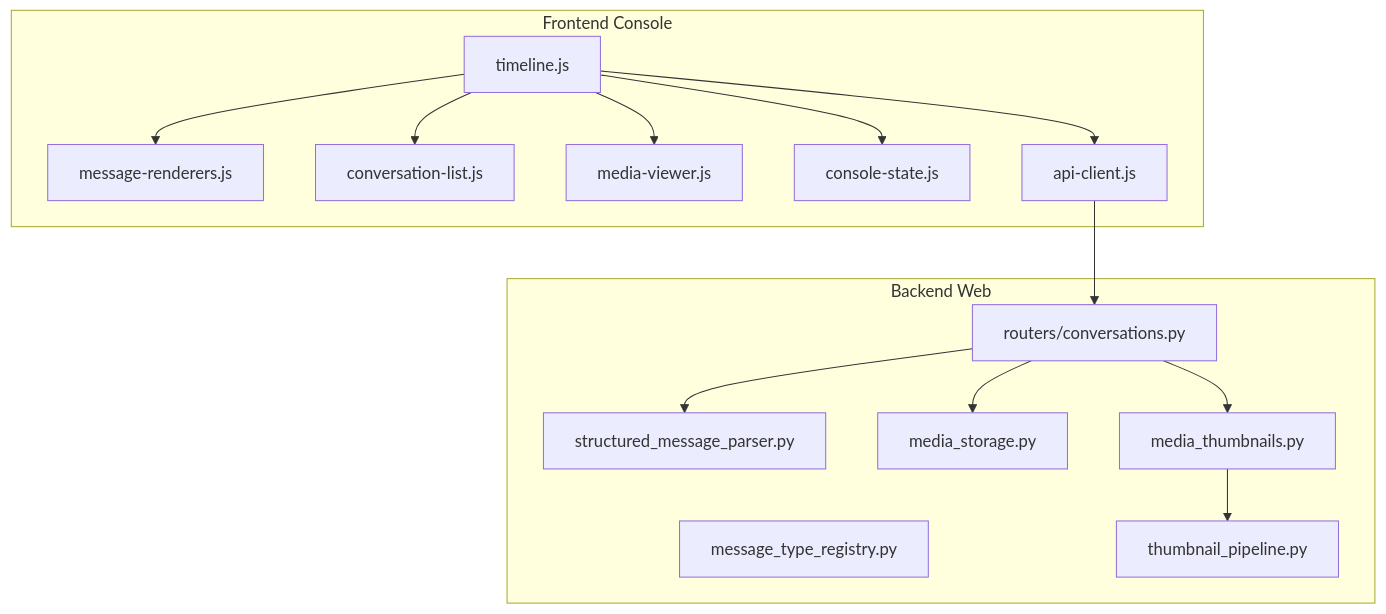
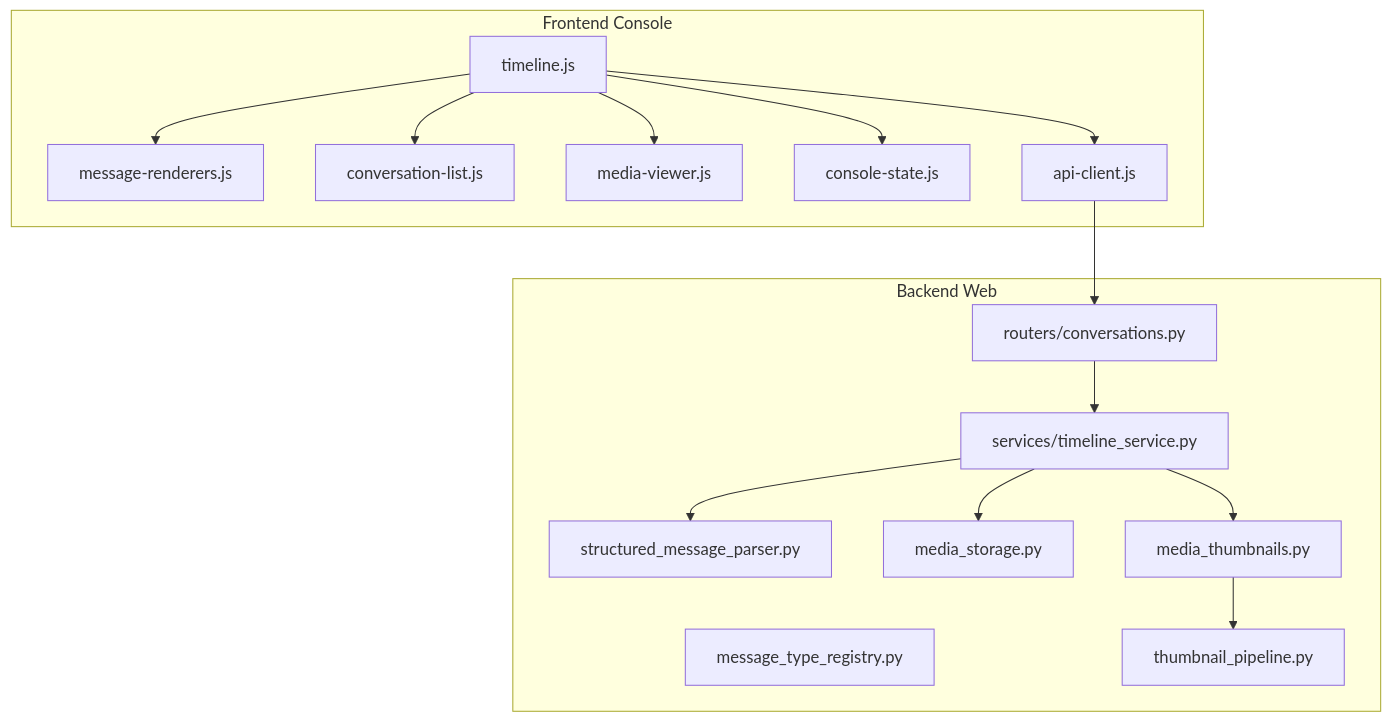
Before and after one commit to zuohaisu/wecom-archive: the first of 4 diagrams in .qoder/repowiki/en/content/Web Application/Review Console Interface/Message Timeline Interface.md, drawn with Mermaid. The commit also changed other lines of this file and 109 other files, not shown here.

````diff
--- a/.qoder/repowiki/en/content/Web Application/Review Console Interface/Message Timeline Interface.md
+++ b/.qoder/repowiki/en/content/Web Application/Review Console Interface/Message Timeline Interface.md
@@ -38,29 +47,31 @@
 ```mermaid
 graph TB
 subgraph "Frontend Console"
 TL["timeline.js"]
 MR["message-renderers.js"]
 CL["conversation-list.js"]
 MV["media-viewer.js"]
 CS["console-state.js"]
 API["api-client.js"]
 end
 subgraph "Backend Web"
 CONV["routers/conversations.py"]
+TS["services/timeline_service.py"]
 SMP["structured_message_parser.py"]
 MTR["message_type_registry.py"]
 MS["media_storage.py"]
 MT["media_thumbnails.py"]
 TP["thumbnail_pipeline.py"]
 end
 TL --> MR
 TL --> CL
 TL --> MV
 TL --> CS
 TL --> API
 API --> CONV
-CONV --> SMP
-CONV --> MS
-CONV --> MT
+CONV --> TS
+TS --> SMP
+TS --> MS
+TS --> MT
 MT --> TP
 ```
````
